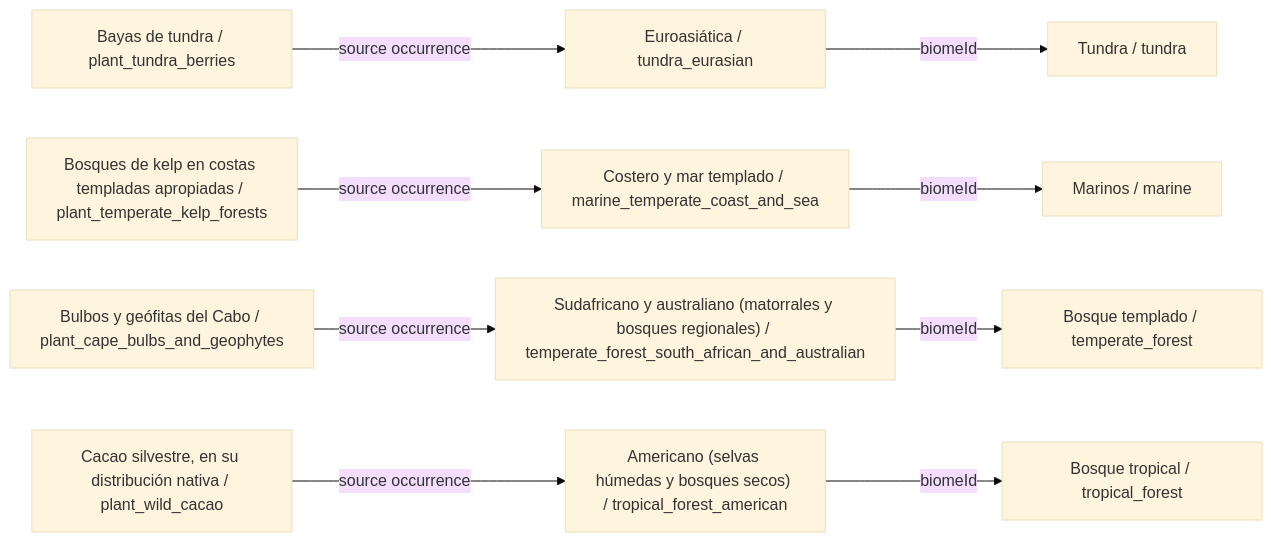
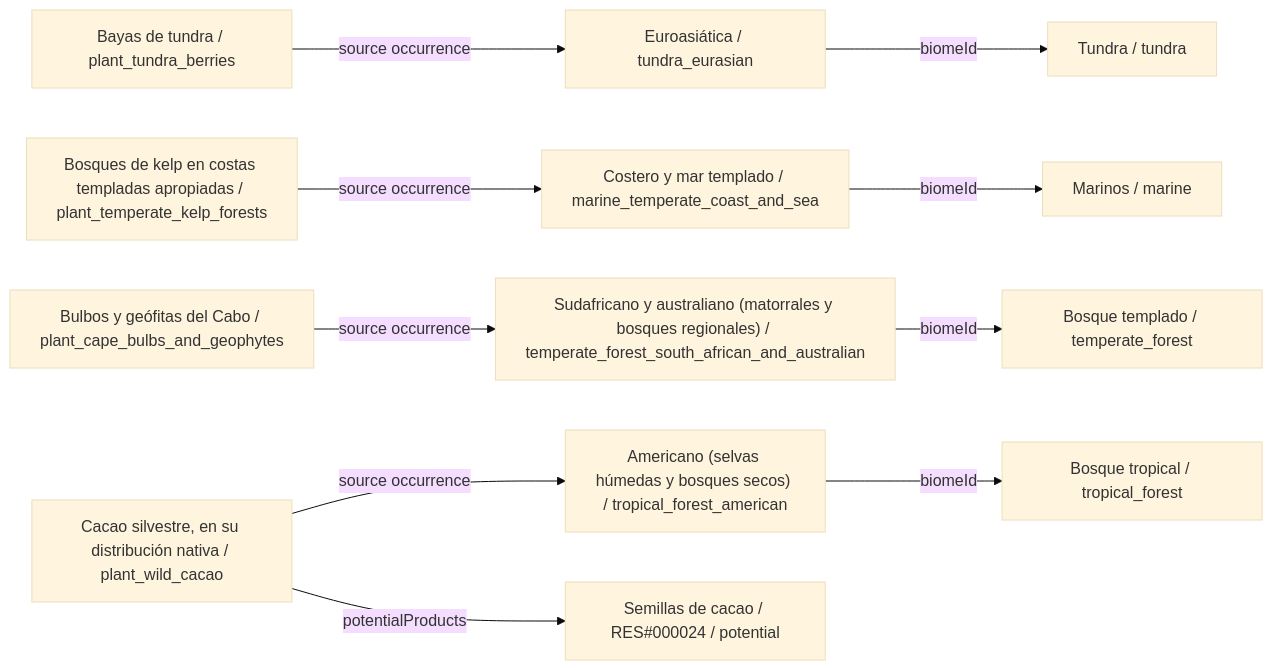
One commit to fgabo404/EvolveDoc changed the eighth of 39 diagrams in data/plants/DIAGRAMS.es.md. Above: the diagram before and after it, drawn with Mermaid (base theme). The commit also changed other lines of this file and 50 other files, not shown here.

````diff
--- a/data/plants/DIAGRAMS.es.md
+++ b/data/plants/DIAGRAMS.es.md
@@ -328,23 +330,25 @@
 ```mermaid
 flowchart LR
     c0["Bayas de tundra / plant_tundra_berries"]
     v9["Euroasiática / tundra_eurasian"]
     b2["Tundra / tundra"]
     c1["Bosques de kelp en costas templadas apropiadas / plant_temperate_kelp_forests"]
     v20["Costero y mar templado / marine_temperate_coast_and_sea"]
     b5["Marinos / marine"]
     c2["Bulbos y geófitas del Cabo / plant_cape_bulbs_and_geophytes"]
     v6["Sudafricano y australiano (matorrales y bosques regionales) / temperate_forest_south_african_and_australian"]
     b1["Bosque templado / temperate_forest"]
     c3["Cacao silvestre, en su distribución nativa / plant_wild_cacao"]
     v0["Americano (selvas húmedas y bosques secos) / tropical_forest_american"]
     b0["Bosque tropical / tropical_forest"]
+    o3_0["Semillas de cacao / RES#000024 / potential"]
     c0 -->|source occurrence| v9
     c1 -->|source occurrence| v20
     c2 -->|source occurrence| v6
+    c3 -->|potentialProducts| o3_0
     c3 -->|source occurrence| v0
     v0 -->|biomeId| b0
     v20 -->|biomeId| b5
     v6 -->|biomeId| b1
     v9 -->|biomeId| b2
 ```
````
